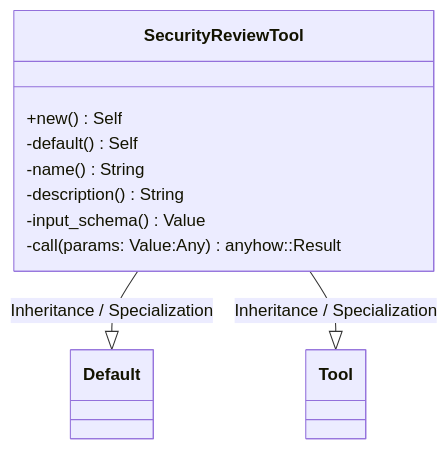
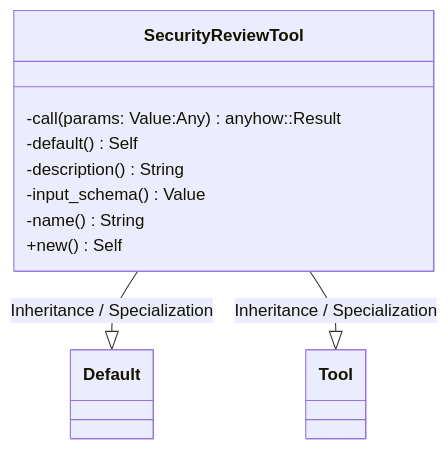
The first of 2 diagrams in openwiki/crates_factory-mcp-server_src_tools_security_review_rs.md (lgcorzo/rust_CACD_autonomous_factory), drawn with Mermaid before and after one commit. The commit also changed other lines of this file and 76 other files, not shown here.

````diff
--- a/openwiki/crates_factory-mcp-server_src_tools_security_review_rs.md
+++ b/openwiki/crates_factory-mcp-server_src_tools_security_review_rs.md
@@ -82,15 +82,15 @@
 ```mermaid
 classDiagram
     direction BT
     class SecurityReviewTool {
-        +new() Self
+        -call(params: Value:Any) anyhow::Result<CallToolResult>
         -default() Self
-        -name() String
         -description() String
         -input_schema() Value
-        -call(params: Value:Any) anyhow::Result<CallToolResult>
+        -name() String
+        +new() Self
     }
     Default <|-- SecurityReviewTool : Inheritance / Specialization
     Tool <|-- SecurityReviewTool : Inheritance / Specialization
 
 ```
````
